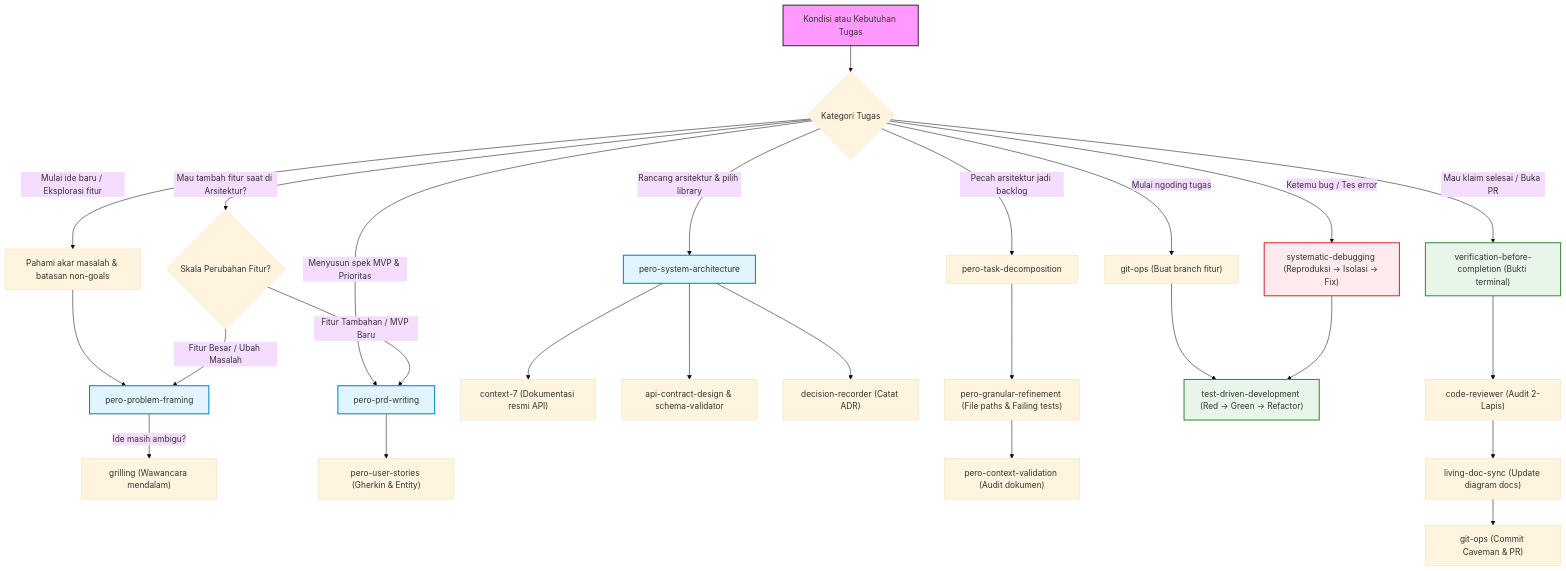
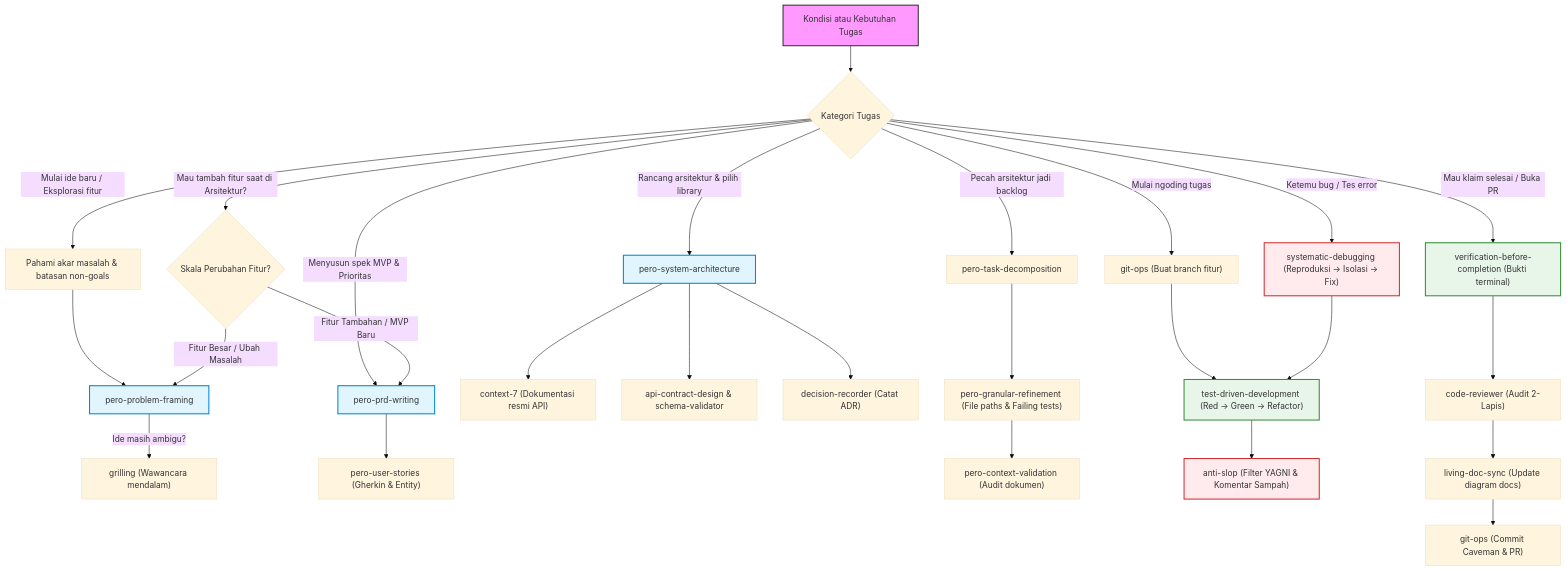
One commit to okyFaishal/pero-agent-skills changed the second of 4 diagrams in README.md. Above: the diagram before and after it, drawn with Mermaid (base theme). The commit also changed other lines of this file and 3 other files, not shown here.

First line of the commit message:
feat(anti-slop): add native universal anti-slop engineering skill

````diff
--- a/README.md
+++ b/README.md
@@ -127,51 +130,53 @@
 ```mermaid
 flowchart TD
     START["Kondisi atau Kebutuhan Tugas"] --> Q1{Kategori Tugas}
 
     %% Cabang 1: Ide Baru / Problem
     Q1 -->|Mulai ide baru / Eksplorasi fitur| A1["Pahami akar masalah & batasan non-goals"]
     A1 --> SK_PF["pero-problem-framing"]
     SK_PF -->|Ide masih ambigu?| SK_GRL["grilling (Wawancara mendalam)"]
 
     %% Cabang 2: Menyusun Spesifikasi & Cerita
     Q1 -->|Menyusun spek MVP & Prioritas| SK_PRD["pero-prd-writing"]
     SK_PRD --> SK_US["pero-user-stories (Gherkin & Entity)"]
 
     %% Cabang 3: Arsitektur & Kontrak
     Q1 -->|Rancang arsitektur & pilih library| SK_ARCH["pero-system-architecture"]
     SK_ARCH --> SK_C7["context-7 (Dokumentasi resmi API)"]
     SK_ARCH --> SK_API["api-contract-design & schema-validator"]
     SK_ARCH --> SK_ADR["decision-recorder (Catat ADR)"]
 
     %% Cabang 4: Menambah Fitur di Arsitektur
     Q1 -->|Mau tambah fitur saat di Arsitektur?| Q_FEAT{Skala Perubahan Fitur?}
     Q_FEAT -->|Fitur Besar / Ubah Masalah| SK_PF
     Q_FEAT -->|Fitur Tambahan / MVP Baru| SK_PRD
 
     %% Cabang 5: Pemecahan Tugas & Refinement
     Q1 -->|Pecah arsitektur jadi backlog| SK_DECOMP["pero-task-decomposition"]
     SK_DECOMP --> SK_GRAN["pero-granular-refinement (File paths & Failing tests)"]
     SK_GRAN --> SK_VALID["pero-context-validation (Audit dokumen)"]
 
     %% Cabang 6: Eksekusi Koding & TDD
     Q1 -->|Mulai ngoding tugas| SK_GIT1["git-ops (Buat branch fitur)"]
     SK_GIT1 --> SK_TDD["test-driven-development (Red -> Green -> Refactor)"]
+    SK_TDD --> SK_AS["anti-slop (Filter YAGNI & Komentar Sampah)"]
 
     %% Cabang 7: Troubleshooting / Bug
     Q1 -->|Ketemu bug / Tes error| SK_DBG["systematic-debugging (Reproduksi -> Isolasi -> Fix)"]
     SK_DBG --> SK_TDD
 
     %% Cabang 8: Selesai & Review
     Q1 -->|Mau klaim selesai / Buka PR| SK_VBC["verification-before-completion (Bukti terminal)"]
     SK_VBC --> SK_REV["code-reviewer (Audit 2-Lapis)"]
     SK_REV --> SK_SYNC["living-doc-sync (Update diagram docs)"]
     SK_SYNC --> SK_GIT2["git-ops (Commit Caveman & PR)"]
 
     style START fill:#f9f,stroke:#333,stroke-width:2px
     style SK_PF fill:#e1f5fe,stroke:#0288d1,stroke-width:2px
     style SK_PRD fill:#e1f5fe,stroke:#0288d1,stroke-width:2px
     style SK_ARCH fill:#e1f5fe,stroke:#0288d1,stroke-width:2px
     style SK_TDD fill:#e8f5e9,stroke:#388e3c,stroke-width:2px
+    style SK_AS fill:#ffebee,stroke:#d32f2f,stroke-width:2px
     style SK_DBG fill:#ffebee,stroke:#d32f2f,stroke-width:2px
     style SK_VBC fill:#e8f5e9,stroke:#388e3c,stroke-width:2px
 ```
````
